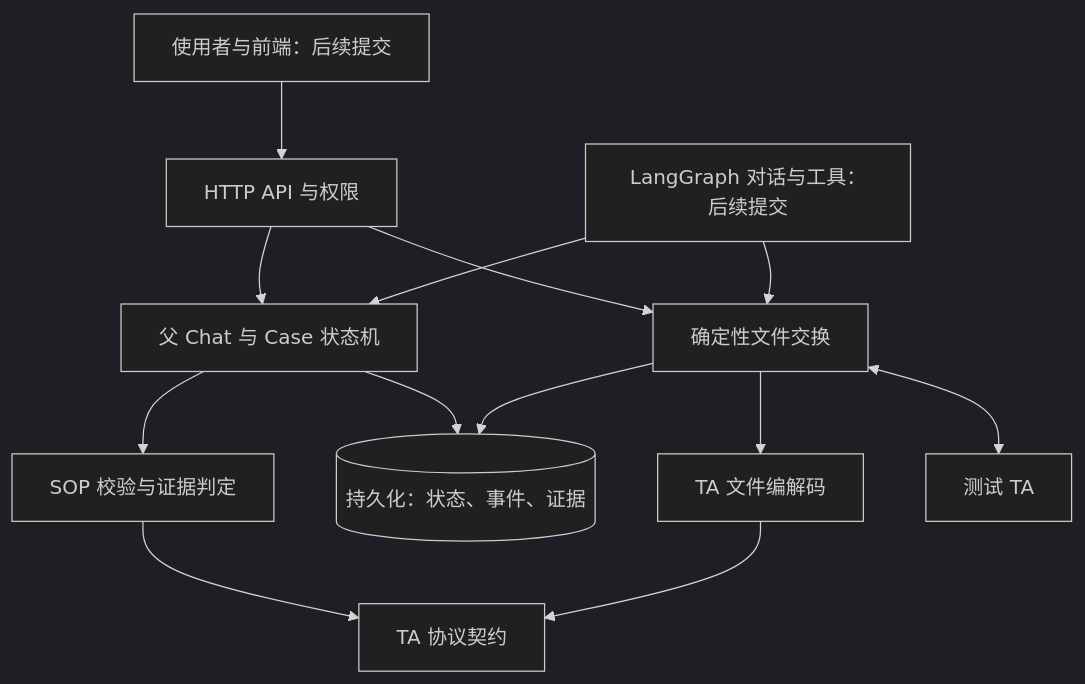
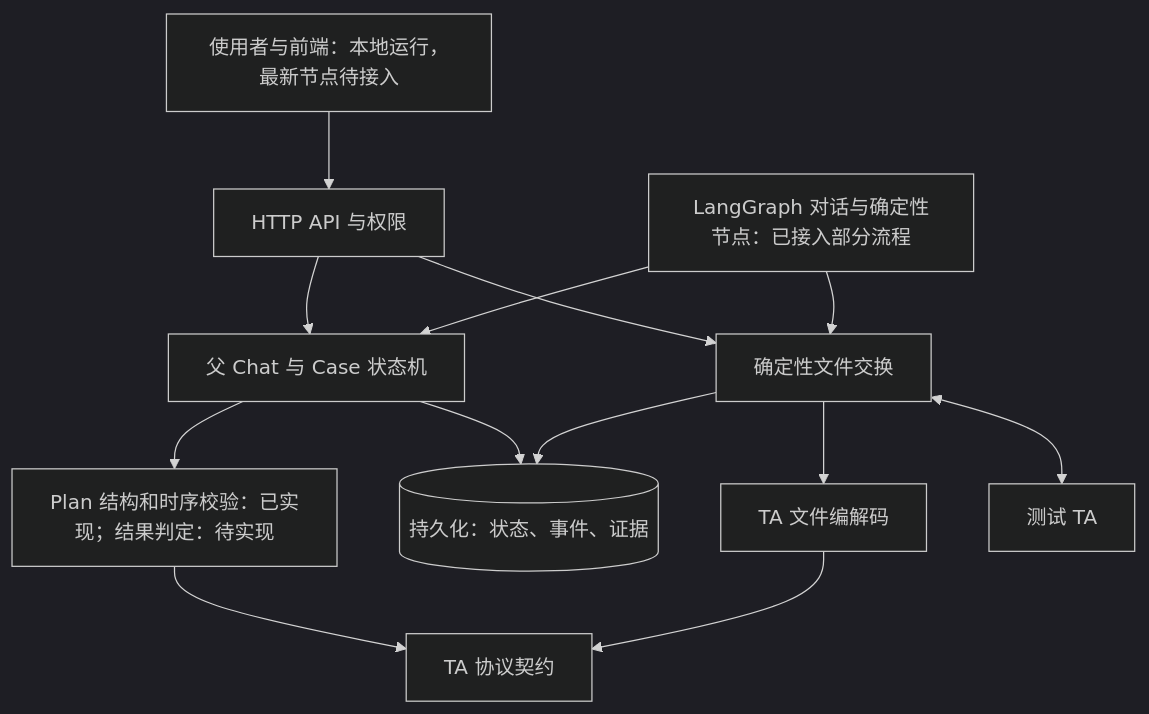
One commit to yqsota666/TA-case-test-Agent changed the first of 3 diagrams in docs/Case全流程设计.md. Above: the diagram before and after it, drawn with Mermaid (dark theme). The commit also changed other lines of this file and 18 other files, not shown here.

````diff
--- a/docs/Case全流程设计.md
+++ b/docs/Case全流程设计.md
@@ -5,15 +13,15 @@
 ```mermaid
 flowchart TB
-  UI[使用者与前端：后续提交] --> API[HTTP API 与权限]
+  UI[使用者与前端：本地运行，最新节点待接入] --> API[HTTP API 与权限]
   API --> CASE[父 Chat 与 Case 状态机]
   API --> EX[确定性文件交换]
-  AGENT[LangGraph 对话与工具：后续提交] --> CASE
+  AGENT[LangGraph 对话与确定性节点：已接入部分流程] --> CASE
   AGENT --> EX
-  CASE --> RULE[SOP 校验与证据判定]
+  CASE --> RULE[Plan 结构和时序校验：已实现；结果判定：待实现]
   CASE --> DB[(持久化：状态、事件、证据)]
   EX --> DB
   RULE --> CONTRACT[TA 协议契约]
   EX --> CODEC[TA 文件编解码]
   CODEC --> CONTRACT
   EX <--> TA[测试 TA]
 ```
````
